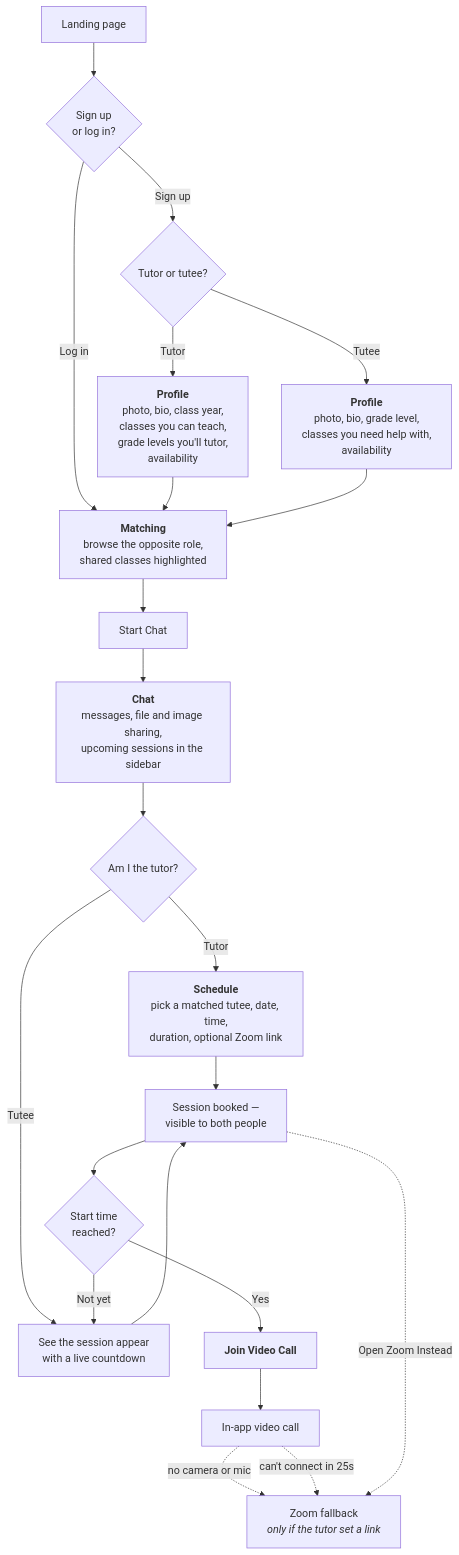
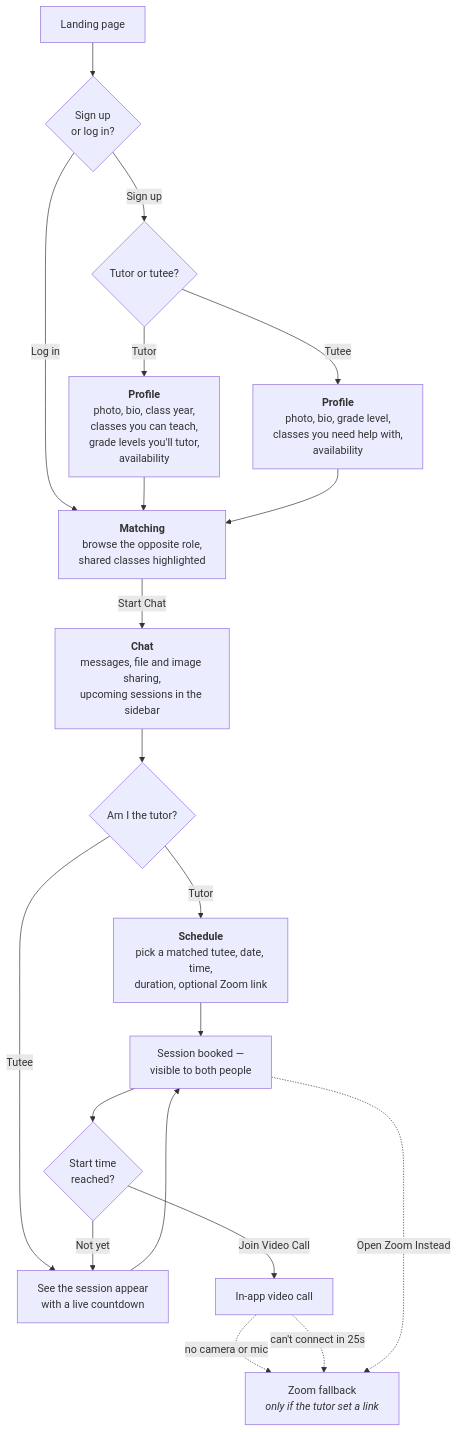
Before and after one commit to Valley-Christian-Startup-Incubator/Valley-Tutor: the diagram in README.md, drawn with Mermaid.

Commit message:
:lipstick: docs(readme): collapse two flow nodes into edge labels
"Start Chat" and "Join Video Call" are buttons the student clicks, not
places they land, so they read better on the edge than as boxes. Also drops
two ranks off a diagram that was tall enough to need scrolling.

````diff
--- a/README.md
+++ b/README.md
@@ -13,35 +13,31 @@
 ```mermaid
 graph TD
     landing["Landing page"] --> choose{"Sign up<br/>or log in?"}
     choose -->|"Sign up"| role{"Tutor or tutee?"}
     choose -->|"Log in"| home
 
     role -->|"Tutor"| ptutor["<b>Profile</b><br/>photo, bio, class year,<br/>classes you can teach,<br/>grade levels you'll tutor,<br/>availability"]
     role -->|"Tutee"| ptutee["<b>Profile</b><br/>photo, bio, grade level,<br/>classes you need help with,<br/>availability"]
 
     ptutor --> home
     ptutee --> home
 
     home["<b>Matching</b><br/>browse the opposite role,<br/>shared classes highlighted"]
-    home --> startchat["Start Chat"]
-
-    startchat --> chat["<b>Chat</b><br/>messages, file and image sharing,<br/>upcoming sessions in the sidebar"]
+    home -->|"Start Chat"| chat["<b>Chat</b><br/>messages, file and image sharing,<br/>upcoming sessions in the sidebar"]
 
     chat --> whoami{"Am I the tutor?"}
     whoami -->|"Tutor"| sched["<b>Schedule</b><br/>pick a matched tutee, date, time,<br/>duration, optional Zoom link"]
     whoami -->|"Tutee"| wait["See the session appear<br/>with a live countdown"]
 
     sched --> booked["Session booked —<br/>visible to both people"]
     wait --> booked
 
     booked --> due{"Start time<br/>reached?"}
     due -->|"Not yet"| wait
-    due -->|"Yes"| join["<b>Join Video Call</b>"]
-
-    join --> incall["In-app video call"]
+    due -->|"Join Video Call"| incall["In-app video call"]
     incall -.->|"no camera or mic"| zoom
     incall -.->|"can't connect in 25s"| zoom
     booked -.->|"Open Zoom Instead"| zoom
 
     zoom["Zoom fallback<br/><i>only if the tutor set a link</i>"]
 ```
````
